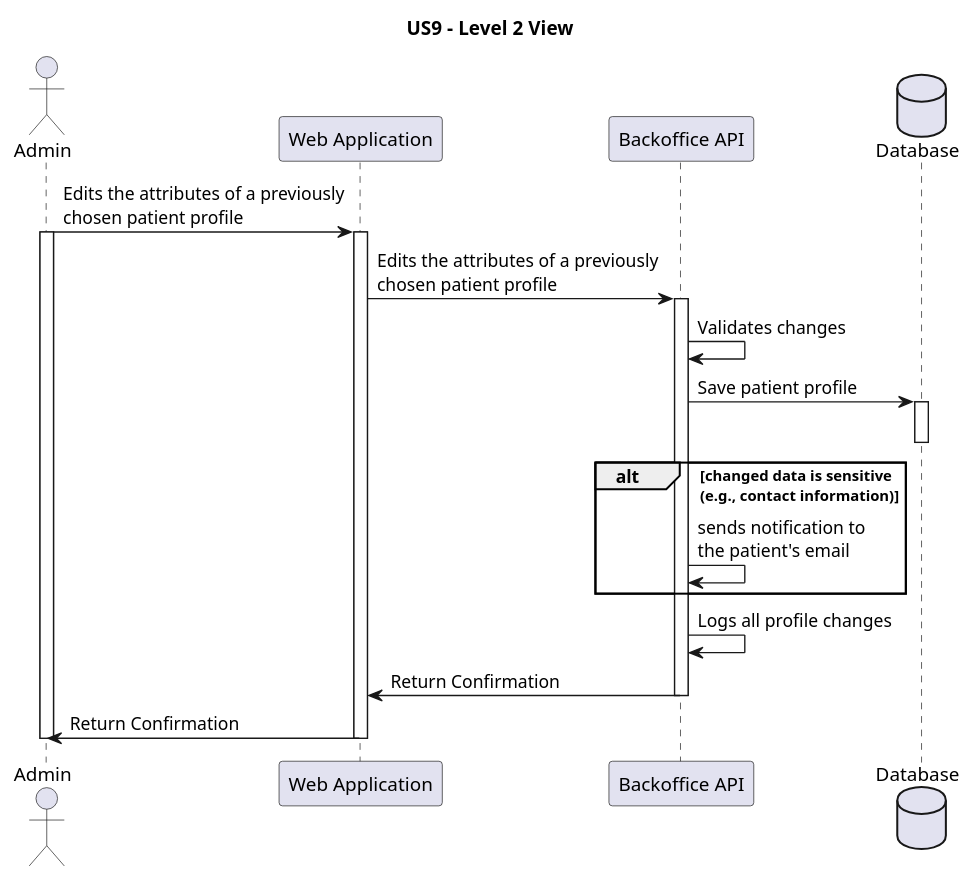
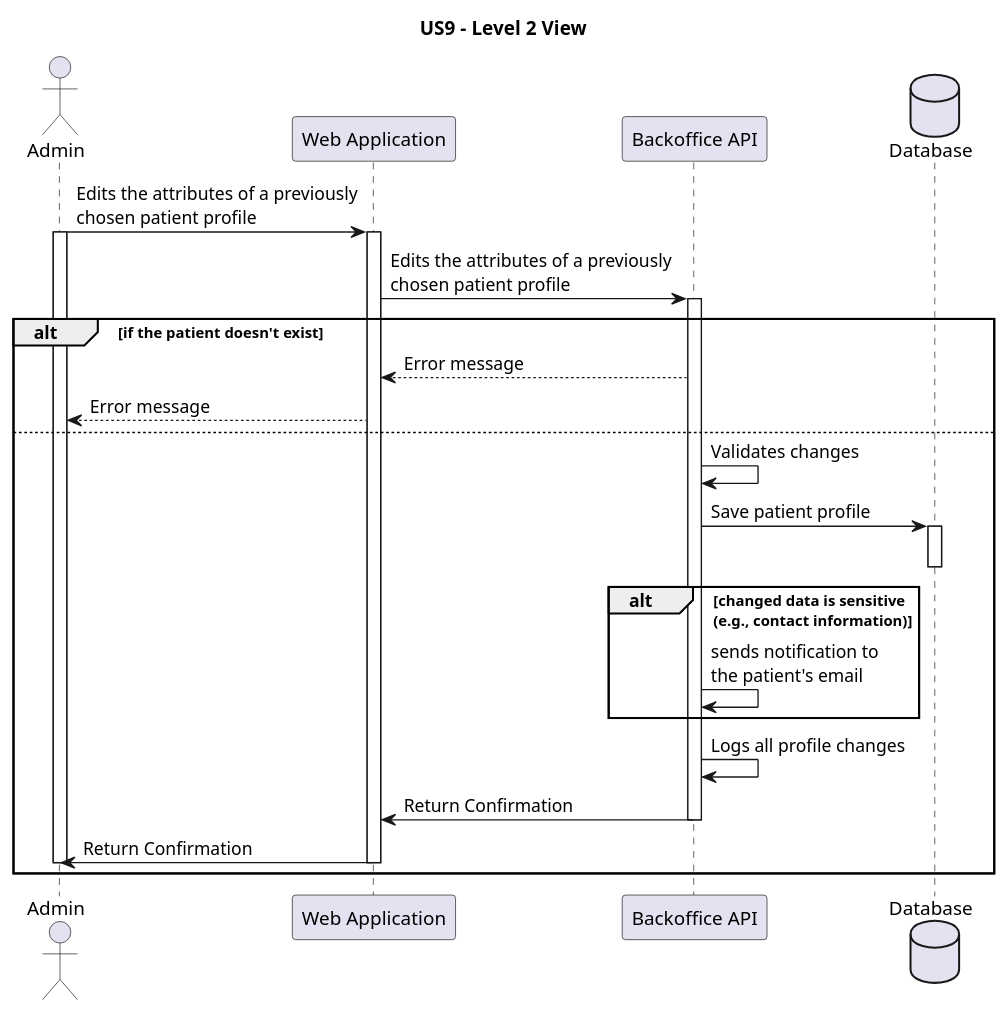
The diagram in docs/user_stories/sprint-a/us9/views/level-2/US9-level-2-view.puml (andredsferreira/p5sem-3dj-g59), drawn with PlantUML before and after one commit. The commit also changed 6 other files, not shown here.

```diff
--- a/docs/user_stories/sprint-a/us9/views/level-2/US9-level-2-view.puml
+++ b/docs/user_stories/sprint-a/us9/views/level-2/US9-level-2-view.puml
@@ -12,34 +12,39 @@
 @startuml
 
 title US9 - Level 2 View
 
 actor Admin as U
 participant "Web Application" as web
 participant "Backoffice API" as api
 database "Database" as db
 
 U -> web : Edits the attributes of a previously\nchosen patient profile
 activate U
 activate web
 web -> api : Edits the attributes of a previously\nchosen patient profile
 activate api
 
+alt if the patient doesn't exist
+api --> web : Error message
+web --> U : Error message
+else 
+
 api -> api : Validates changes
 api -> db : Save patient profile
 activate db
 deactivate db
 alt changed data is sensitive\n(e.g., contact information)
 api -> api : sends notification to\nthe patient's email
 end
 api -> api : Logs all profile changes
 api -> web : Return Confirmation
 deactivate api
 web -> U : Return Confirmation
 deactivate web
 deactivate U
-
+end
 ' E a parte do email?
 
 
 
 @enduml
```
